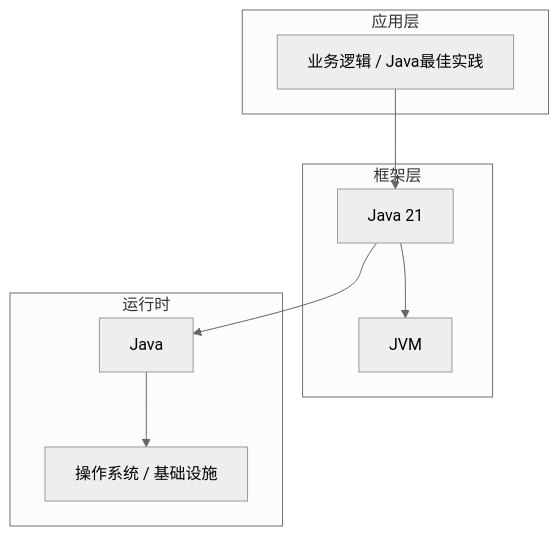
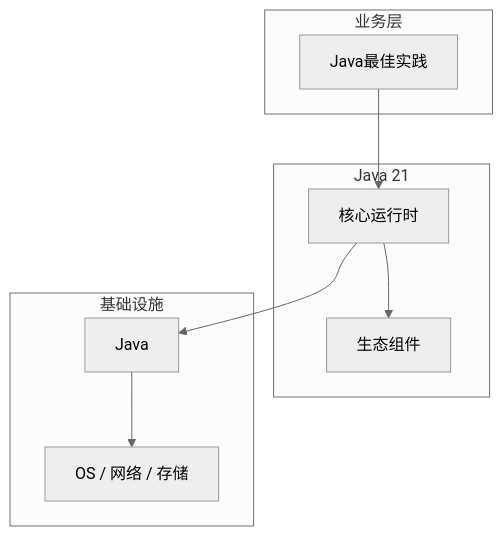
Before and after one commit to yanggan2015/knowledge-json-v2: the diagram in articles/Java核心/chapters/141-Java最佳实践核心概念与原理.md, drawn with Mermaid (neutral theme). The commit also changed other lines of this file and 10127 other files, not shown here.

````diff
--- a/articles/Java核心/chapters/141-Java最佳实践核心概念与原理.md
+++ b/articles/Java核心/chapters/141-Java最佳实践核心概念与原理.md
@@ -45,18 +34,18 @@
 ```mermaid
 graph TB
-    subgraph 应用层
-        A[业务逻辑 / Java最佳实践]
+    subgraph 业务层
+        A[Java最佳实践]
     end
-    subgraph 框架层
-        B[Java 21]
-        C[JVM]
+    subgraph Java 21
+        B[核心运行时]
+        C[生态组件]
     end
-    subgraph 运行时
+    subgraph 基础设施
         D[Java]
-        E[操作系统 / 基础设施]
+        E[OS / 网络 / 存储]
     end
     A --> B
     B --> C
     B --> D
     D --> E
 ```
````
